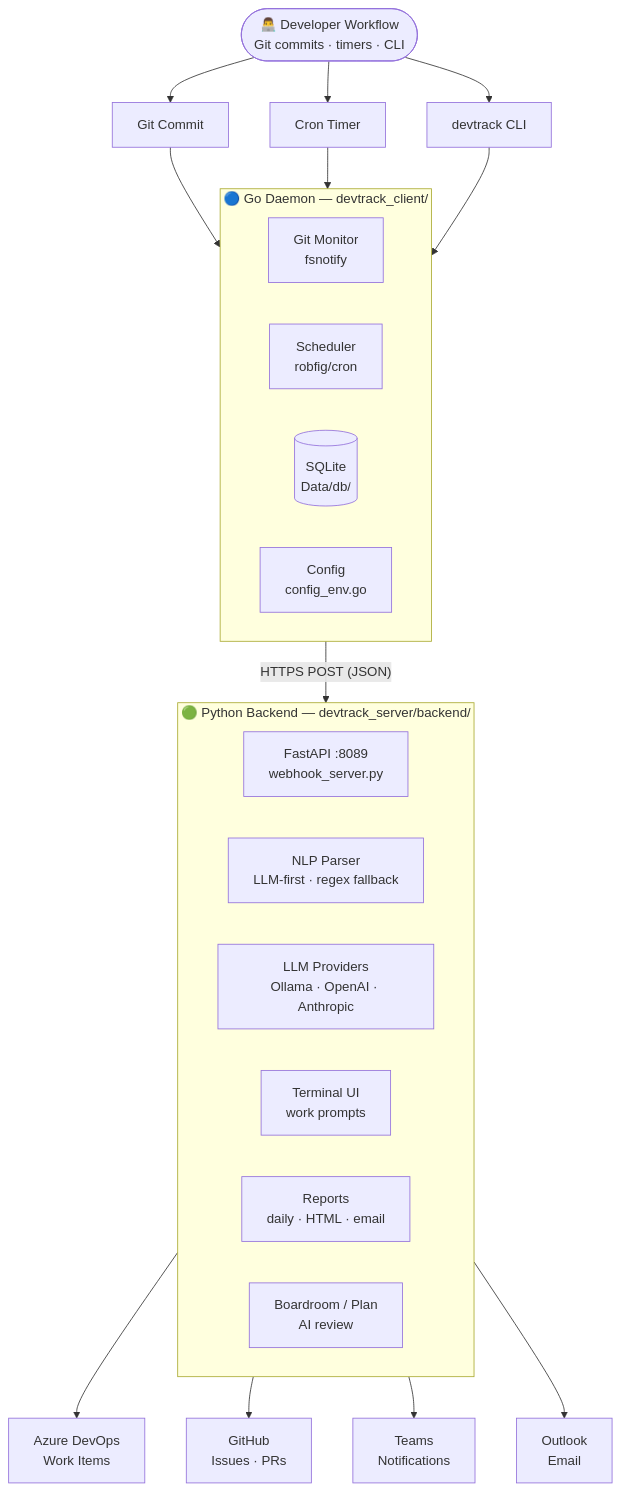
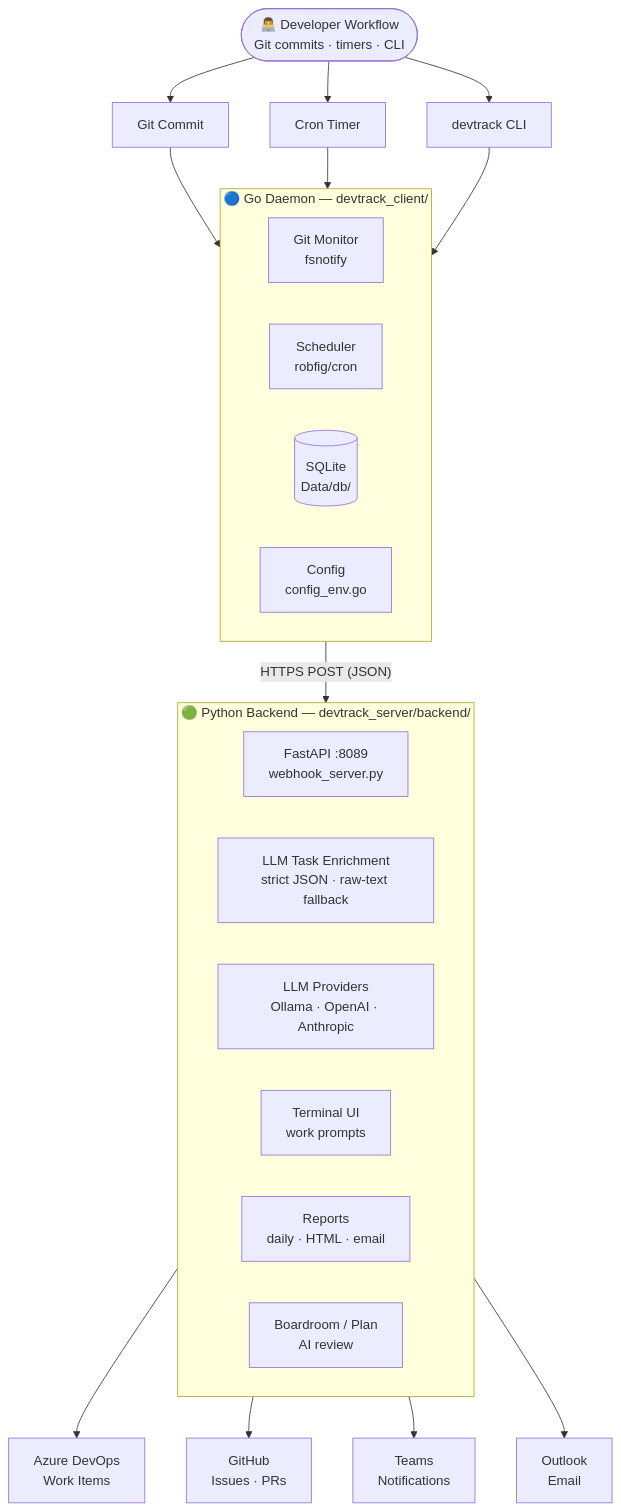
Before and after one commit to sraj0501/Devtrack_: the first of 5 diagrams in devtrack_wiki/wiki/docs/ARCHITECTURE.md, drawn with Mermaid. The commit also changed other lines of this file and 46 other files, not shown here.

Commit message:
feat(TASK-142): replace legacy NLP parser with LLM enrichment

````diff
--- a/devtrack_wiki/wiki/docs/ARCHITECTURE.md
+++ b/devtrack_wiki/wiki/docs/ARCHITECTURE.md
@@ -9,35 +9,35 @@
 ```mermaid
 flowchart TD
     Dev(["👨‍💻 Developer Workflow\nGit commits · timers · CLI"])
 
     Dev --> GC["Git Commit"]
     Dev --> CT["Cron Timer"]
     Dev --> CLI["devtrack CLI"]
 
     GC --> Daemon
     CT --> Daemon
     CLI --> Daemon
 
     subgraph Daemon ["🔵 Go Daemon — devtrack_client/"]
         GM["Git Monitor\nfsnotify"]
         SCH["Scheduler\nrobfig/cron"]
         DB[("SQLite\nData/db/")]
         CFG["Config\nconfig_env.go"]
     end
 
     Daemon -->|"HTTPS POST (JSON)"| Backend
 
     subgraph Backend ["🟢 Python Backend — devtrack_server/backend/"]
         WS["FastAPI :8089\nwebhook_server.py"]
-        NLP["NLP Parser\nLLM-first · regex fallback"]
+        TASK_LLM["LLM Task Enrichment\nstrict JSON · raw-text fallback"]
         LLM["LLM Providers\nOllama · OpenAI · Anthropic"]
         TUI["Terminal UI\nwork prompts"]
         RPT["Reports\ndaily · HTML · email"]
         BR["Boardroom / Plan\nAI review"]
     end
 
     Backend --> AZ["Azure DevOps\nWork Items"]
     Backend --> GH["GitHub\nIssues · PRs"]
     Backend --> TM["Teams\nNotifications"]
     Backend --> ML["Outlook\nEmail"]
 ```
````
